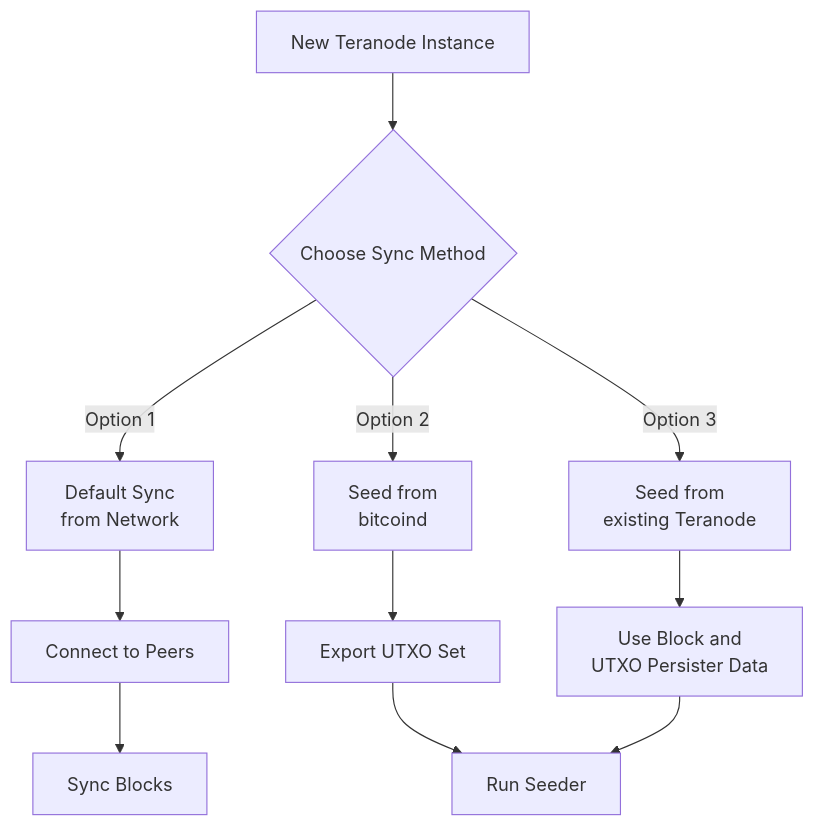
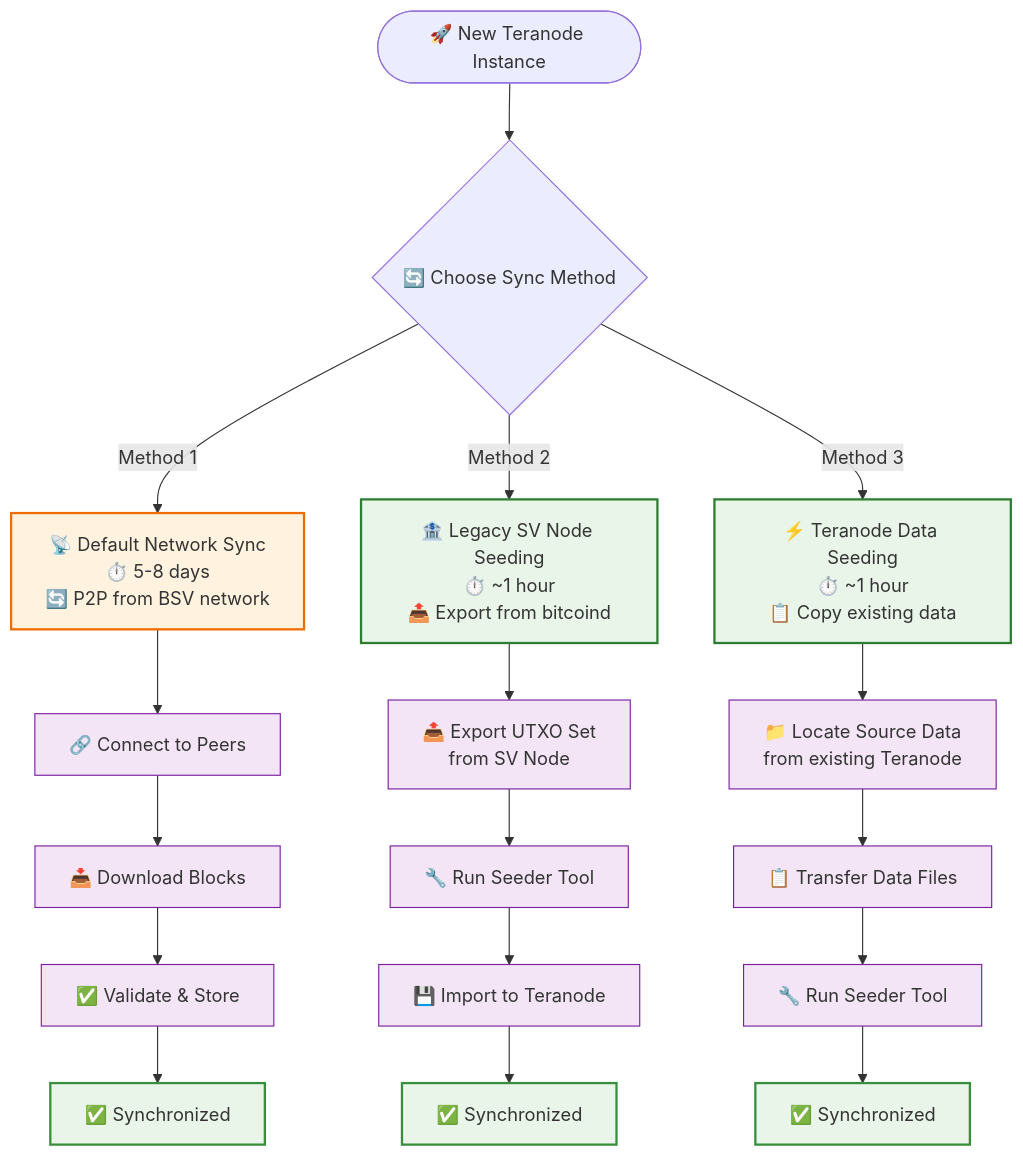
One commit to freemans13/teranode changed the diagram in docs/howto/miners/img/mermaid/seedingOptions.mermaid. Above: the diagram before and after it, drawn with Mermaid. The commit also changed 3 other files, not shown here.

First line of the commit message:
Teranode seed doc updates (#3343)

```diff
--- a/docs/howto/miners/img/mermaid/seedingOptions.mermaid
+++ b/docs/howto/miners/img/mermaid/seedingOptions.mermaid
@@ -1,14 +1,36 @@
 graph TB
-    Start[New Teranode Instance] --> Choice{Choose Sync Method}
-    Choice -->|Option 1| Default[Default Sync<br/>from Network]
-    Choice -->|Option 2| BSV[Seed from<br/>bitcoind]
-    Choice -->|Option 3| TN[Seed from<br/>existing Teranode]
+    Start([🚀 New Teranode Instance]) --> Choice{🔄 Choose Sync Method}
 
-    BSV --> Export[Export UTXO Set]
-    Export --> Seed[Run Seeder]
+    Choice -->|Method 1| Method1[📡 Default Network Sync<br/>⏱️ 5-8 days<br/>🔄 P2P from BSV network]
+    Choice -->|Method 2| Method2[🏦 Legacy SV Node Seeding<br/>⏱️ ~1 hour<br/>📤 Export from bitcoind]
+    Choice -->|Method 3| Method3[⚡ Teranode Data Seeding<br/>⏱️ ~1 hour<br/>📋 Copy existing data]
 
-    TN --> UseData[Use Block and<br/>UTXO Persister Data]
-    UseData --> Seed
+    %% Method 1 Flow
+    Method1 --> M1Step1[🔗 Connect to Peers]
+    M1Step1 --> M1Step2[📥 Download Blocks]
+    M1Step2 --> M1Step3[✅ Validate & Store]
+    M1Step3 --> Complete1[✅ Synchronized]
 
-    Default --> Connect[Connect to Peers]
-    Connect --> Sync[Sync Blocks]
+    %% Method 2 Flow
+    Method2 --> M2Step1[📤 Export UTXO Set<br/>from SV Node]
+    M2Step1 --> M2Step2[🔧 Run Seeder Tool]
+    M2Step2 --> M2Step3[💾 Import to Teranode]
+    M2Step3 --> Complete2[✅ Synchronized]
+
+    %% Method 3 Flow
+    Method3 --> M3Step1[📁 Locate Source Data<br/>from existing Teranode]
+    M3Step1 --> M3Step2[📋 Transfer Data Files]
+    M3Step2 --> M3Step3[🔧 Run Seeder Tool]
+    M3Step3 --> Complete3[✅ Synchronized]
+
+    %% Styling
+    classDef methodBox fill:#e1f5fe,stroke:#01579b,stroke-width:2px
+    classDef fastMethod fill:#e8f5e8,stroke:#2e7d32,stroke-width:2px
+    classDef slowMethod fill:#fff3e0,stroke:#ef6c00,stroke-width:2px
+    classDef stepBox fill:#f3e5f5,stroke:#7b1fa2,stroke-width:1px
+    classDef completeBox fill:#e8f5e8,stroke:#388e3c,stroke-width:2px
+
+    class Method1 slowMethod
+    class Method2,Method3 fastMethod
+    class M1Step1,M1Step2,M1Step3,M2Step1,M2Step2,M2Step3,M3Step1,M3Step2,M3Step3 stepBox
+    class Complete1,Complete2,Complete3 completeBox
```
